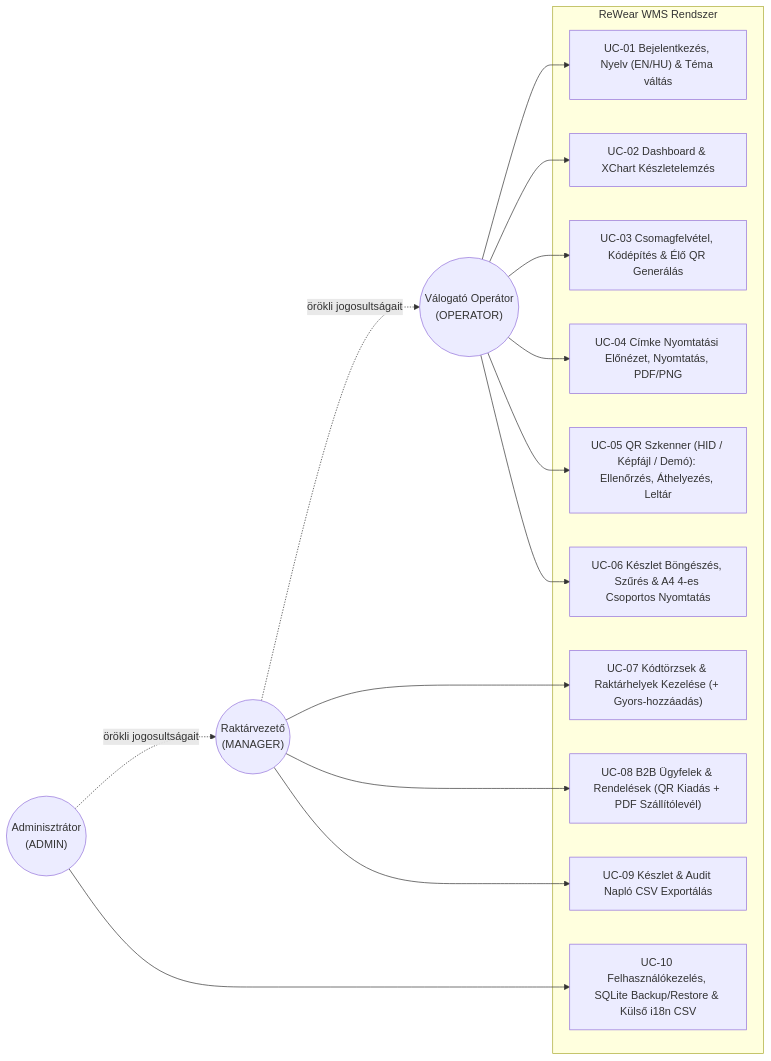
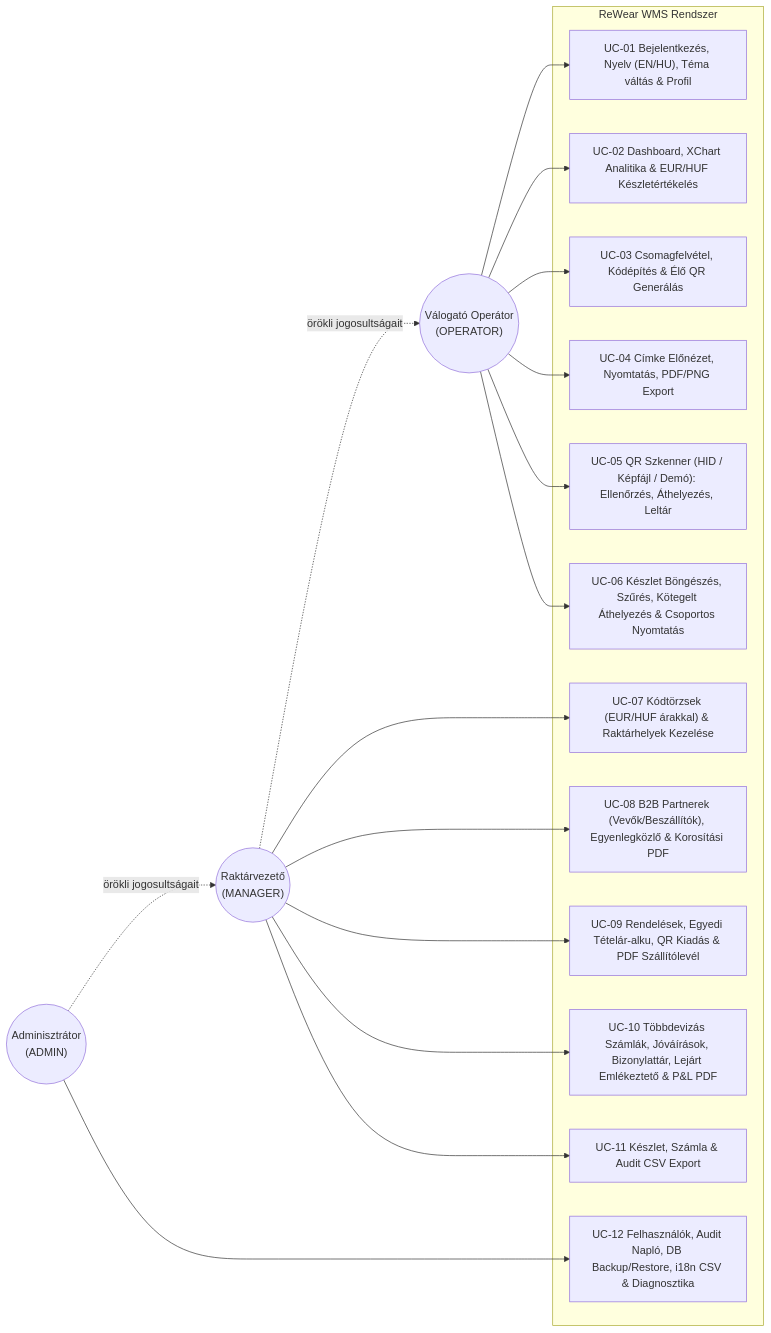
One commit to attilaczudor/due-prog-03 changed the second of 5 diagrams in docs/Programterv.md. Above: the diagram before and after it, drawn with Mermaid. The commit also changed other lines of this file and 9 other files, not shown here.

````diff
--- a/docs/Programterv.md
+++ b/docs/Programterv.md
@@ -39,34 +40,38 @@
 ```mermaid
 flowchart LR
     OP(("Válogató Operátor<br/>(OPERATOR)"))
     MGR(("Raktárvezető<br/>(MANAGER)"))
     ADM(("Adminisztrátor<br/>(ADMIN)"))
 
     subgraph WMS["ReWear WMS Rendszer"]
-        UC1["UC-01 Bejelentkezés, Nyelv (EN/HU) & Téma váltás"]
-        UC2["UC-02 Dashboard & XChart Készletelemzés"]
+        UC1["UC-01 Bejelentkezés, Nyelv (EN/HU), Téma váltás & Profil"]
+        UC2["UC-02 Dashboard, XChart Analitika & EUR/HUF Készletértékelés"]
         UC3["UC-03 Csomagfelvétel, Kódépítés & Élő QR Generálás"]
-        UC4["UC-04 Címke Nyomtatási Előnézet, Nyomtatás, PDF/PNG"]
+        UC4["UC-04 Címke Előnézet, Nyomtatás, PDF/PNG Export"]
         UC5["UC-05 QR Szkenner (HID / Képfájl / Demó): Ellenőrzés, Áthelyezés, Leltár"]
-        UC6["UC-06 Készlet Böngészés, Szűrés & A4 4-es Csoportos Nyomtatás"]
-        UC7["UC-07 Kódtörzsek & Raktárhelyek Kezelése (+ Gyors-hozzáadás)"]
-        UC8["UC-08 B2B Ügyfelek & Rendelések (QR Kiadás + PDF Szállítólevél)"]
-        UC9["UC-09 Készlet & Audit Napló CSV Exportálás"]
-        UC10["UC-10 Felhasználókezelés, SQLite Backup/Restore & Külső i18n CSV"]
+        UC6["UC-06 Készlet Böngészés, Szűrés, Kötegelt Áthelyezés & Csoportos Nyomtatás"]
+        UC7["UC-07 Kódtörzsek (EUR/HUF árakkal) & Raktárhelyek Kezelése"]
+        UC8["UC-08 B2B Partnerek (Vevők/Beszállítók), Egyenlegközlő & Korosítási PDF"]
+        UC9["UC-09 Rendelések, Egyedi Tételár-alku, QR Kiadás & PDF Szállítólevél"]
+        UC10["UC-10 Többdevizás Számlák, Jóváírások, Bizonylattár, Lejárt Emlékeztető & P&L PDF"]
+        UC11["UC-11 Készlet, Számla & Audit CSV Export"]
+        UC12["UC-12 Felhasználók, Audit Napló, DB Backup/Restore, i18n CSV & Diagnosztika"]
     end
 
     OP --> UC1
     OP --> UC2
     OP --> UC3
     OP --> UC4
     OP --> UC5
     OP --> UC6
 
     MGR -.->|"örökli jogosultságait"| OP
     MGR --> UC7
     MGR --> UC8
     MGR --> UC9
+    MGR --> UC10
+    MGR --> UC11
 
     ADM -.->|"örökli jogosultságait"| MGR
-    ADM --> UC10
+    ADM --> UC12
 ```
````
